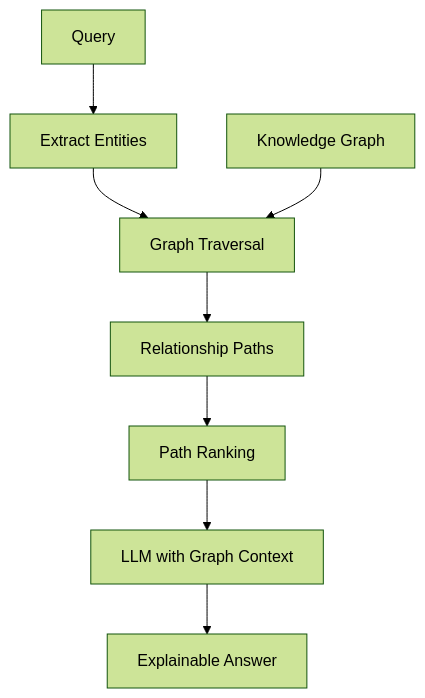
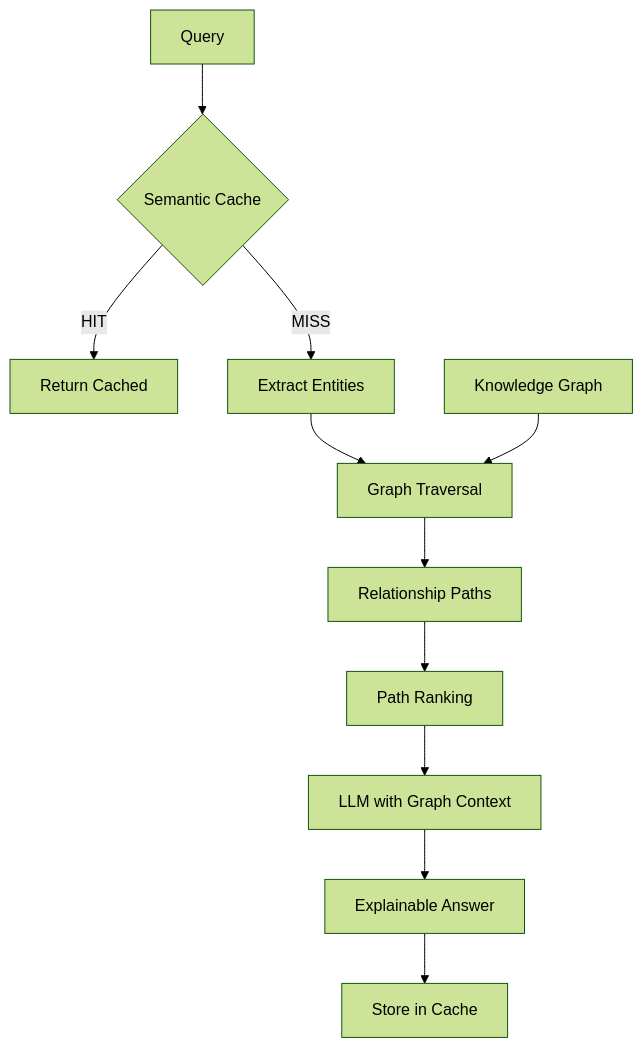
One commit to luiscanaveral/rag-architectures changed the eighth of 11 diagrams in DIAGRAMS.md. Above: the diagram before and after it, drawn with Mermaid (forest theme). The commit also changed other lines of this file and 1 other file, not shown here.

````diff
--- a/DIAGRAMS.md
+++ b/DIAGRAMS.md
@@ -99,10 +120,13 @@
 ```mermaid
 graph TD
-    A[Query] --> B[Extract Entities]
-    B --> C[Graph Traversal]
-    D[Knowledge Graph] --> C
-    C --> E[Relationship Paths]
-    E --> F[Path Ranking]
-    F --> G[LLM with Graph Context]
-    G --> H[Explainable Answer]
+    A[Query] --> B{Semantic Cache}
+    B -->|HIT| C[Return Cached]
+    B -->|MISS| D[Extract Entities]
+    D --> E[Graph Traversal]
+    F[Knowledge Graph] --> E
+    E --> G[Relationship Paths]
+    G --> H[Path Ranking]
+    H --> I[LLM with Graph Context]
+    I --> J[Explainable Answer]
+    J --> K[Store in Cache]
 ```
````
